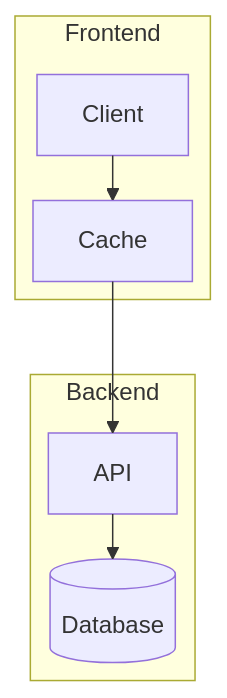
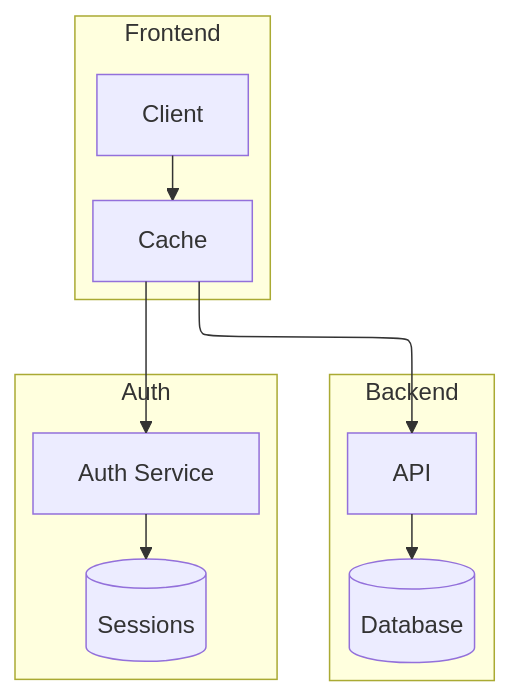
One commit to pbrolin47/mermaid-pbrolin47 changed the diagram in e2e/diagrams/flowchart/pr/3-layout-elk-subgraphs.mmd. Above: the diagram before and after it, drawn with Mermaid. The commit also changed 260 other files, not shown here.

Commit message:
Fix icons in dev-tab and created tests from flowchart rendering to nightly folder of flowchart

```diff
--- a/e2e/diagrams/flowchart/pr/3-layout-elk-subgraphs.mmd
+++ b/e2e/diagrams/flowchart/pr/3-layout-elk-subgraphs.mmd
@@ -1,12 +1,16 @@
 ---
 config:
   layout: elk
 ---
 flowchart TD
   subgraph Frontend
     A[Client] --> B[Cache]
   end
   subgraph Backend
     C[API] --> D[(Database)]
   end
+  subgraph Auth
+    E[Auth Service] --> F[(Sessions)]
+  end
   B --> C
+  B --> E
```
